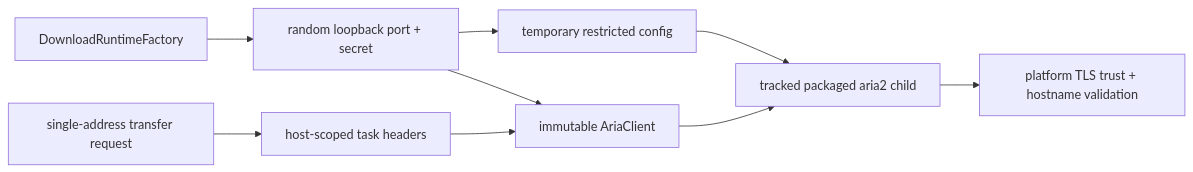
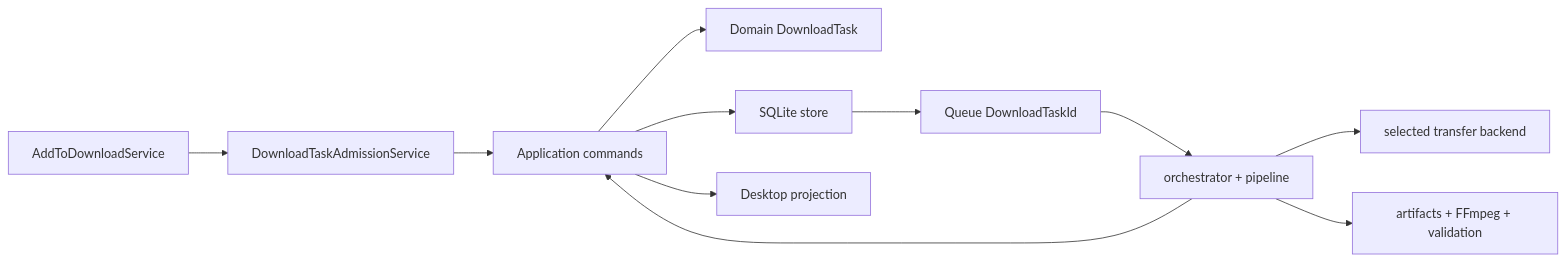
The second of 2 diagrams in ARCHITECTURE.md (403a/downkyicore), drawn with Mermaid before and after one commit. The commit also changed other lines of this file and 10 other files, not shown here.

````diff
--- a/ARCHITECTURE.md
+++ b/ARCHITECTURE.md
@@ -229,11 +57,13 @@
 ```mermaid
 flowchart LR
-    Factory["DownloadRuntimeFactory"] --> Endpoint["random loopback port + secret"]
-    Endpoint --> Client["immutable AriaClient"]
-    Endpoint --> Config["temporary restricted config"]
-    Config --> Child["tracked packaged aria2 child"]
-    Client --> Child
-    Request["single-address transfer request"] --> Headers["host-scoped task headers"]
-    Headers --> Client
-    Child --> TLS["platform TLS trust + hostname validation"]
+    Add["AddToDownloadService"] --> Admission["DownloadTaskAdmissionService"]
+    Admission --> App["Application commands"]
+    App --> Domain["Domain DownloadTask"]
+    App --> Store["SQLite store"]
+    Store --> Queue["Queue DownloadTaskId"]
+    Queue --> Runtime["orchestrator + pipeline"]
+    Runtime --> Backend["selected transfer backend"]
+    Runtime --> Media["artifacts + FFmpeg + validation"]
+    Runtime --> App
+    App --> Projection["Desktop projection"]
 ```
````
